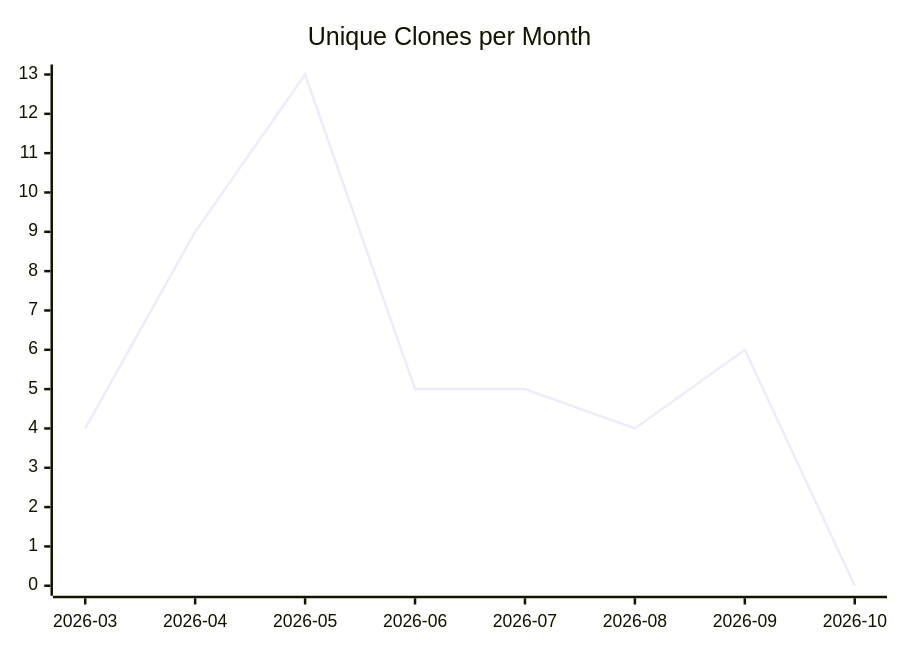
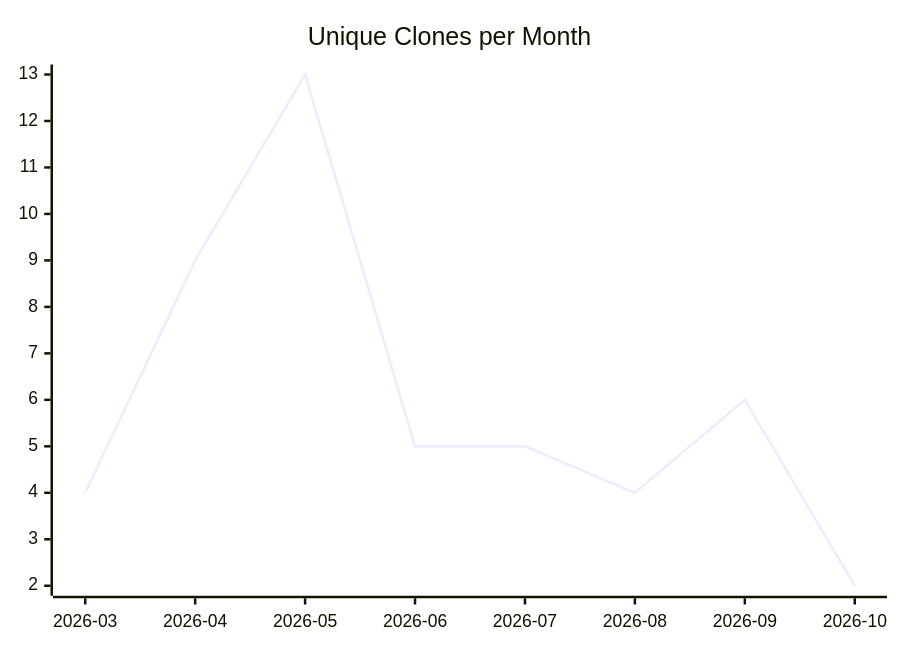
Before and after one commit to justdavis-family/github-analytics-data: the third of 3 diagrams in karlmdavis/justdavis-puppet/README.md, drawn with Mermaid. The commit also changed other lines of this file and 203 other files, not shown here.

````diff
--- a/karlmdavis/justdavis-puppet/README.md
+++ b/karlmdavis/justdavis-puppet/README.md
@@ -19,6 +19,6 @@
 ```mermaid
 xychart-beta
   title "Unique Clones per Month"
   x-axis ["2026-03", "2026-04", "2026-05", "2026-06", "2026-07", "2026-08", "2026-09", "2026-10"]
-  line [4, 9, 13, 5, 5, 4, 6, 0]
+  line [4, 9, 13, 5, 5, 4, 6, 2]
 ```
````
